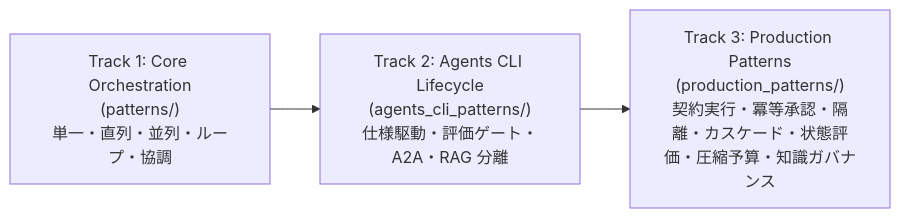
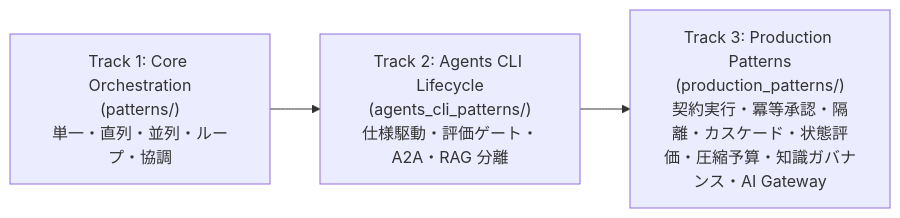
One commit to tyorikan/agent-design-patterns changed the diagram in README.md. Above: the diagram before and after it, drawn with Mermaid. The commit also changed other lines of this file and 11 other files, not shown here.

````diff
--- a/README.md
+++ b/README.md
@@ -57,5 +57,5 @@
 ```mermaid
 flowchart LR
     T1["Track 1: Core Orchestration<br/>(patterns/)<br/>単一・直列・並列・ループ・協調"] --> T2["Track 2: Agents CLI Lifecycle<br/>(agents_cli_patterns/)<br/>仕様駆動・評価ゲート・A2A・RAG 分離"]
-    T2 --> T3["Track 3: Production Patterns<br/>(production_patterns/)<br/>契約実行・冪等承認・隔離・カスケード・状態評価・圧縮予算・知識ガバナンス"]
+    T2 --> T3["Track 3: Production Patterns<br/>(production_patterns/)<br/>契約実行・冪等承認・隔離・カスケード・状態評価・圧縮予算・知識ガバナンス・AI Gateway"]
 ```
````
